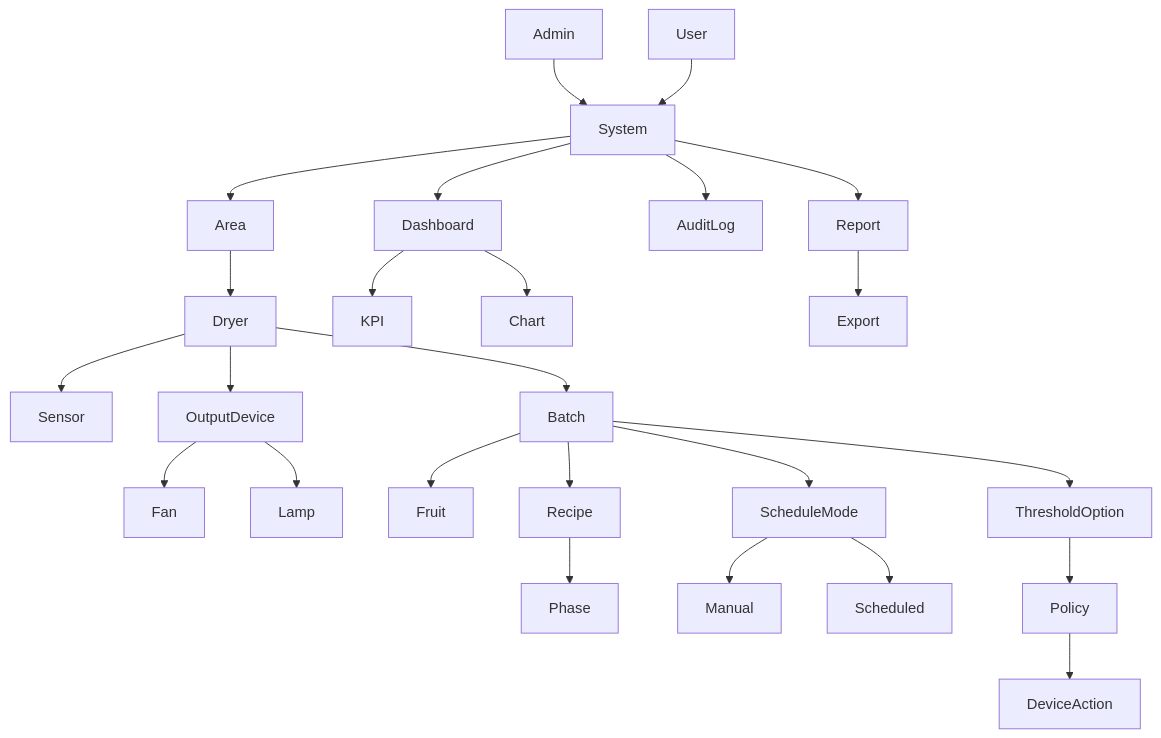
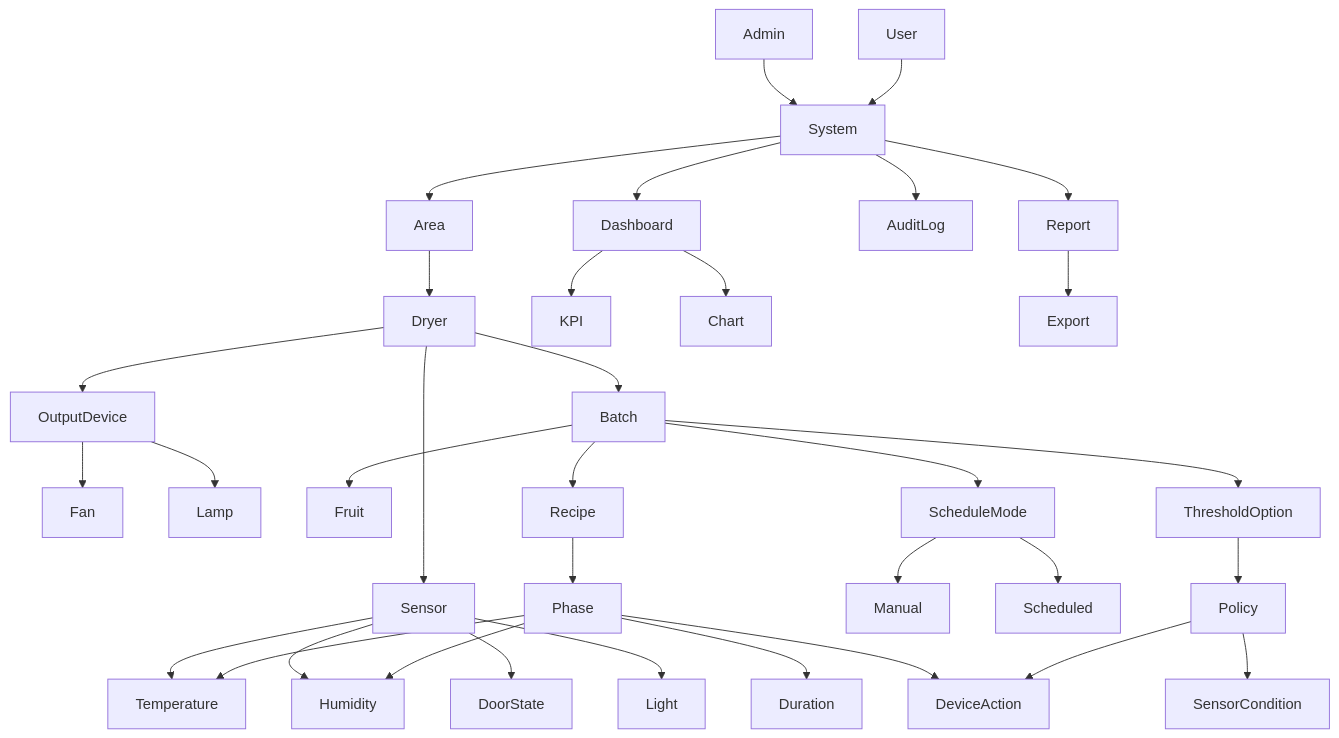
The diagram in Describe.md (hieunpc/dryer_factory_BE), drawn with Mermaid before and after one commit. The commit also changed other lines of this file and 19 other files, not shown here.

````diff
--- a/Describe.md
+++ b/Describe.md
@@ -188,33 +229,42 @@
 ```mermaid
 flowchart TD
   Admin --> System
   User --> System
 
   System --> Dashboard
   System --> Report
   System --> AuditLog
 
   System --> Area
   Area --> Dryer
   Dryer --> Sensor
+  Sensor --> Temperature
+  Sensor --> Humidity
+  Sensor --> DoorState
+  Sensor --> Light
   Dryer --> OutputDevice
   OutputDevice --> Fan
   OutputDevice --> Lamp
 
   Dryer --> Batch
   Batch --> Fruit
   Batch --> Recipe
   Recipe --> Phase
+  Phase --> Temperature
+  Phase --> Humidity
+  Phase --> Duration
+  Phase --> DeviceAction
 
   Batch --> ScheduleMode
   ScheduleMode --> Manual
   ScheduleMode --> Scheduled
 
   Batch --> ThresholdOption
   ThresholdOption --> Policy
+  Policy --> SensorCondition
   Policy --> DeviceAction
 
   Dashboard --> KPI
   Dashboard --> Chart
   Report --> Export
 ```
````
